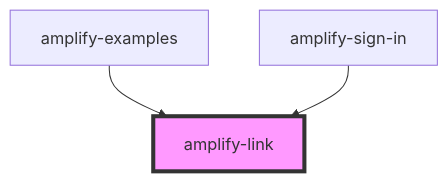
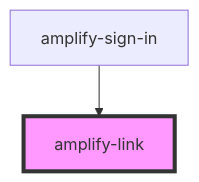
Before and after one commit to aws-amplify/amplify-js: the diagram in packages/amplify-ui-components/src/components/amplify-link/readme.md, drawn with Mermaid. The commit also changed other lines of this file and 19 other files, not shown here.

````diff
--- a/packages/amplify-ui-components/src/components/amplify-link/readme.md
+++ b/packages/amplify-ui-components/src/components/amplify-link/readme.md
@@ -24,6 +23,5 @@
 ```mermaid
 graph TD;
-  amplify-examples --> amplify-link
   amplify-sign-in --> amplify-link
   style amplify-link fill:#f9f,stroke:#333,stroke-width:4px
 ```
````
